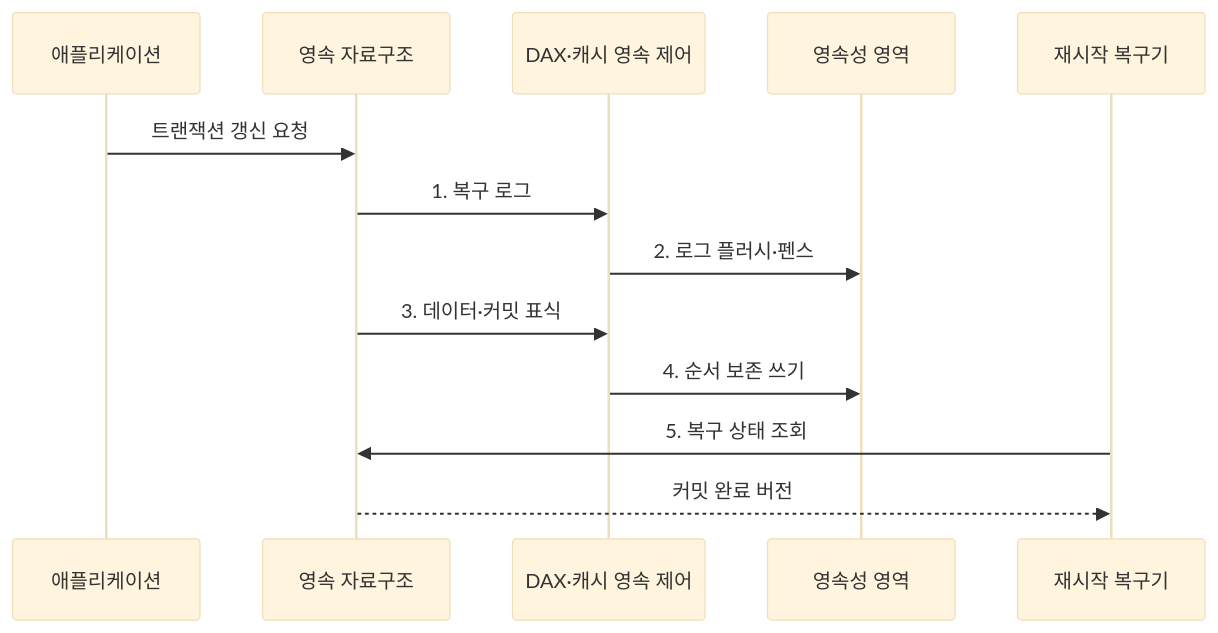
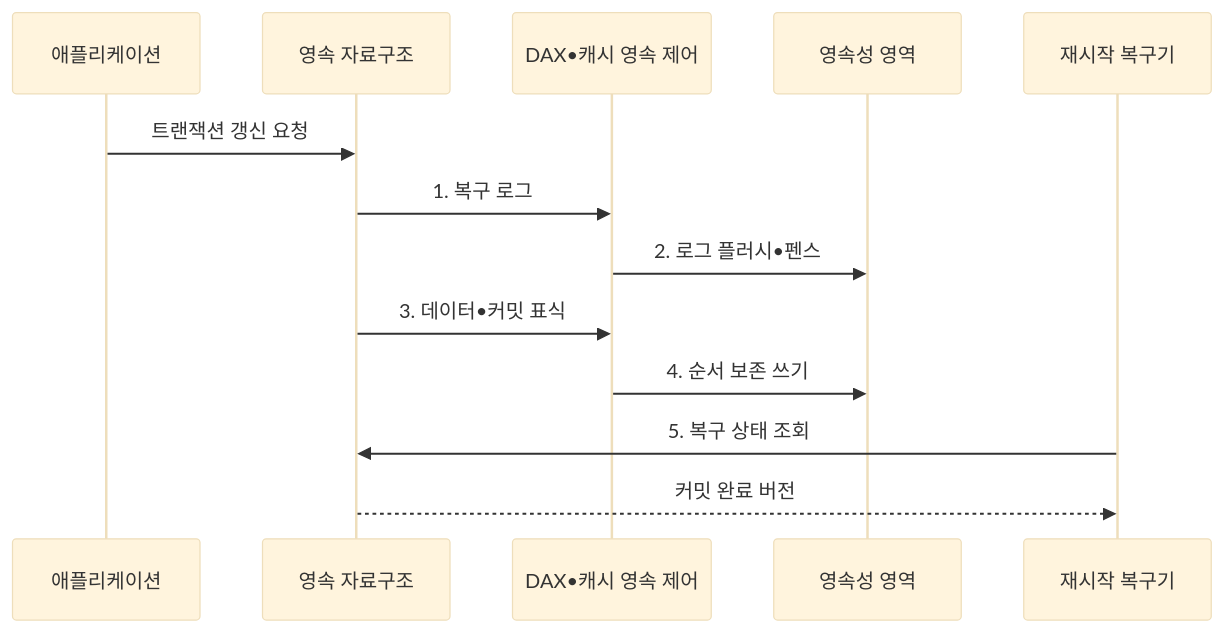
Before and after one commit to agnusdei1207/knowledge-base: the second of 2 diagrams in src/content/docs/notes/02-hardware/082_persistent_memory.md, drawn with Mermaid (base theme). The commit also changed other lines of this file and 953 other files, not shown here.

````diff
--- a/src/content/docs/notes/02-hardware/082_persistent_memory.md
+++ b/src/content/docs/notes/02-hardware/082_persistent_memory.md
@@ -101,16 +101,16 @@
 ```mermaid
 sequenceDiagram
     participant A as 애플리케이션
     participant S as 영속 자료구조
-    participant C as DAX·캐시 영속 제어
+    participant C as DAX•캐시 영속 제어
     participant P as 영속성 영역
     participant R as 재시작 복구기
 
     A->>S: 트랜잭션 갱신 요청
     S->>C: 1. 복구 로그
-    C->>P: 2. 로그 플러시·펜스
-    S->>C: 3. 데이터·커밋 표식
+    C->>P: 2. 로그 플러시•펜스
+    S->>C: 3. 데이터•커밋 표식
     C->>P: 4. 순서 보존 쓰기
     R->>S: 5. 복구 상태 조회
     S-->>R: 커밋 완료 버전
 ```
````
